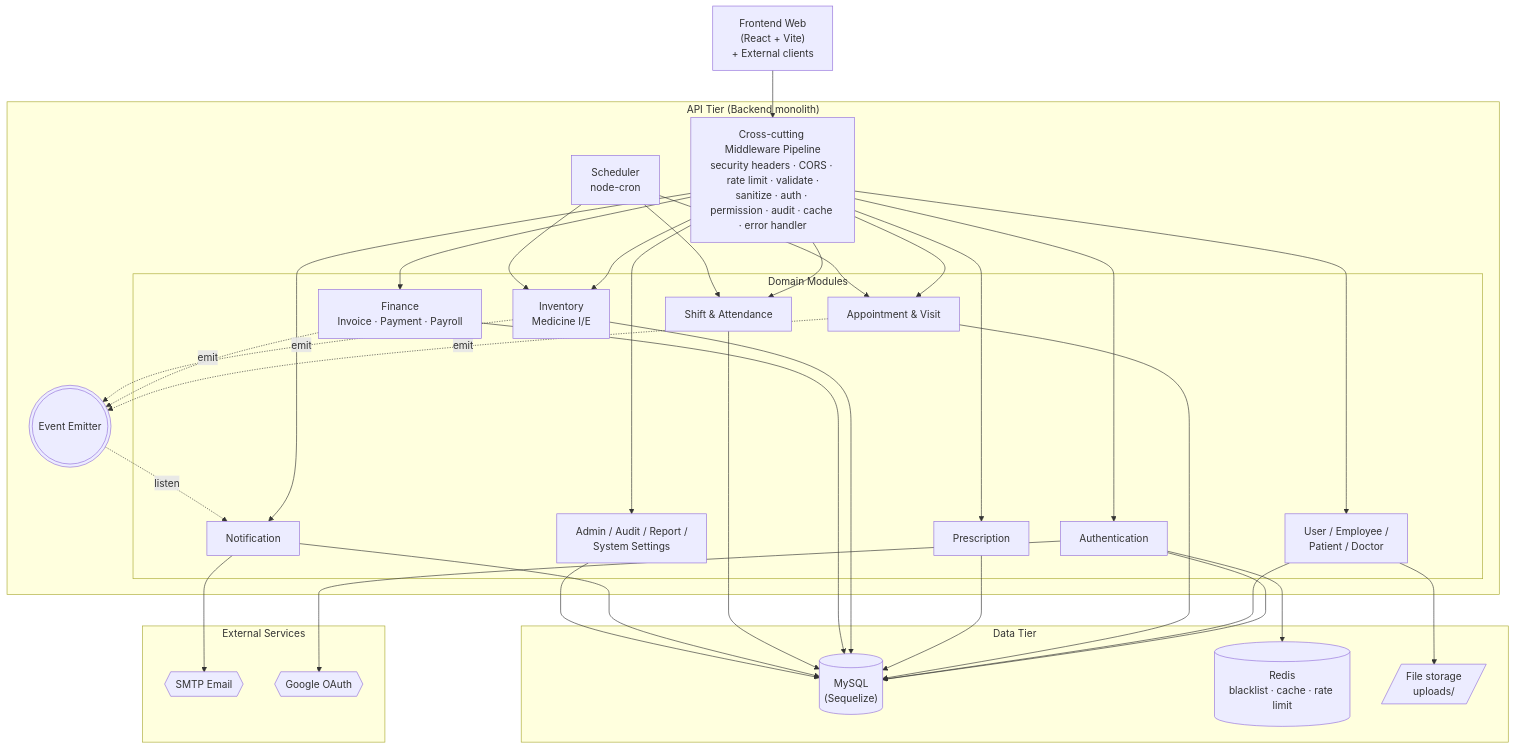
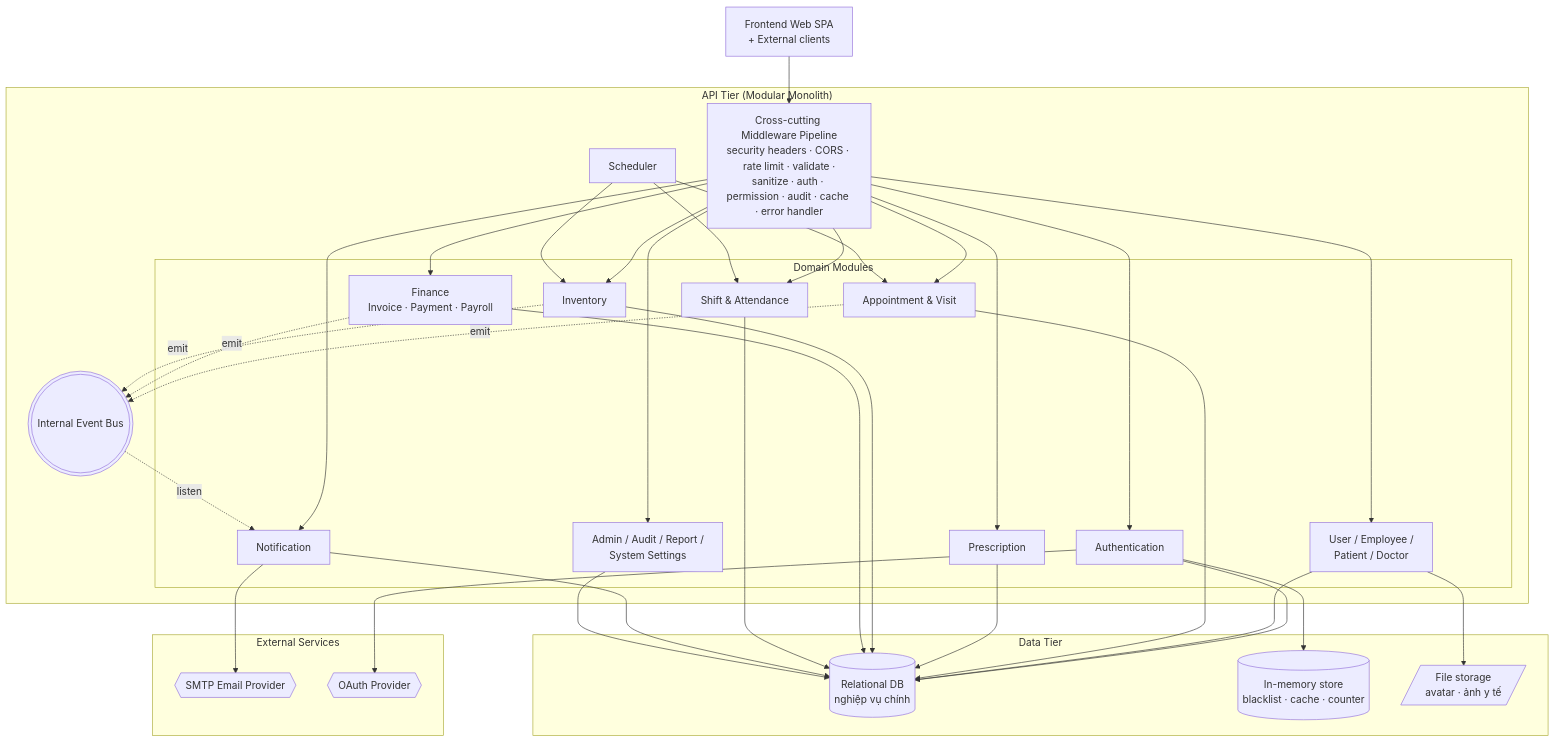
The first of 11 diagrams in Docs/ADD.md (MinhThienNguyen040905/SE356---He-thong-phong-kham), drawn with Mermaid before and after one commit. The commit also changed other lines of this file, not shown here.

````diff
--- a/Docs/ADD.md
+++ b/Docs/ADD.md
@@ -352,47 +354,47 @@
 ```mermaid
 graph TB
-    Client["Frontend Web<br/>(React + Vite)<br/>+ External clients"]
+    Client["Frontend Web SPA<br/>+ External clients"]
 
-    subgraph API_Tier["API Tier (Backend monolith)"]
+    subgraph API_Tier["API Tier (Modular Monolith)"]
         MW["Cross-cutting Middleware Pipeline<br/>security headers · CORS · rate limit · validate ·<br/>sanitize · auth · permission · audit · cache · error handler"]
 
         subgraph Domains["Domain Modules"]
             AUTH[Authentication]
             IDM[User / Employee /<br/>Patient / Doctor]
             APPT[Appointment & Visit]
             RX[Prescription]
-            INV[Inventory<br/>Medicine I/E]
+            INV[Inventory]
             FIN[Finance<br/>Invoice · Payment · Payroll]
             SFT[Shift & Attendance]
             NOT[Notification]
             ADM[Admin / Audit / Report /<br/>System Settings]
         end
 
-        EVT(((Event Emitter)))
-        JOB[Scheduler<br/>node-cron]
+        EVT(((Internal Event Bus)))
+        JOB[Scheduler]
     end
 
     subgraph DataTier["Data Tier"]
-        DB[("MySQL<br/>(Sequelize)")]
-        R[("Redis<br/>blacklist · cache · rate limit")]
-        FS[/"File storage<br/>uploads/"/]
+        DB[("Relational DB<br/>nghiệp vụ chính")]
+        R[("In-memory store<br/>blacklist · cache · counter")]
+        FS[/"File storage<br/>avatar · ảnh y tế"/]
     end
 
     subgraph External["External Services"]
-        SMTP{{SMTP Email}}
-        OA{{Google OAuth}}
+        SMTP{{SMTP Email Provider}}
+        OA{{OAuth Provider}}
     end
 
     Client --> MW
     MW --> AUTH & IDM & APPT & RX & INV & FIN & SFT & NOT & ADM
     APPT -. emit .-> EVT
     FIN -. emit .-> EVT
     INV -. emit .-> EVT
     EVT -. listen .-> NOT
     JOB --> APPT & INV & SFT
     AUTH --> R
     AUTH --> OA
     NOT --> SMTP
     AUTH & IDM & APPT & RX & INV & FIN & SFT & NOT & ADM --> DB
     IDM --> FS
 ```
````
